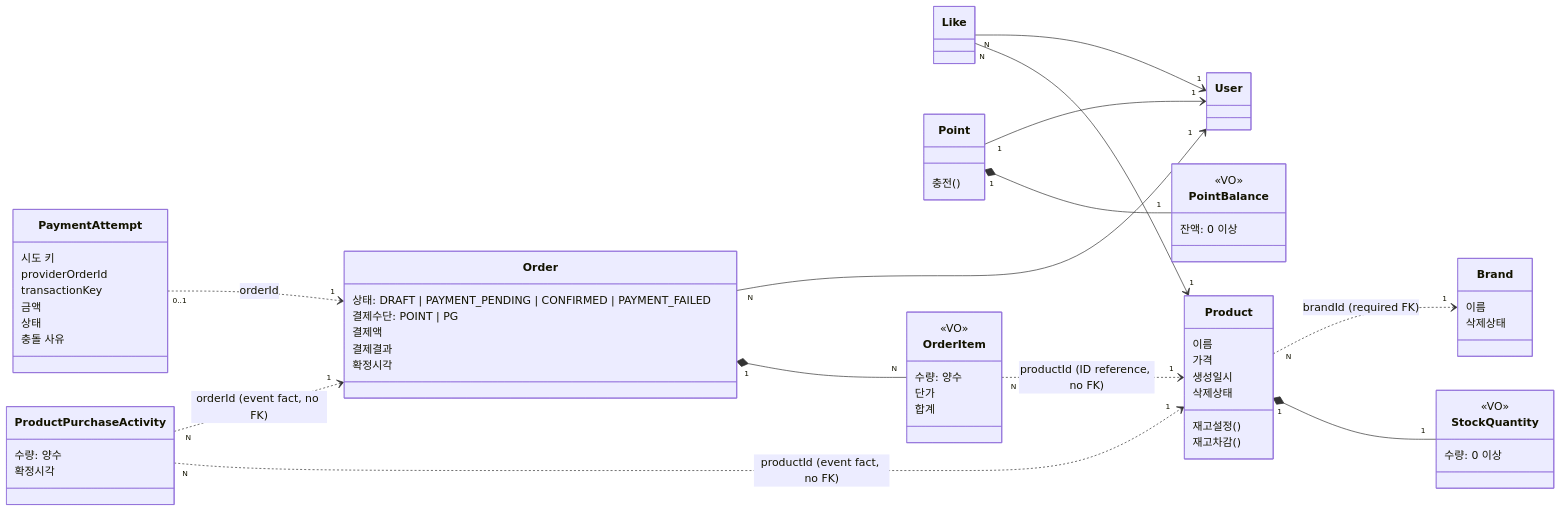
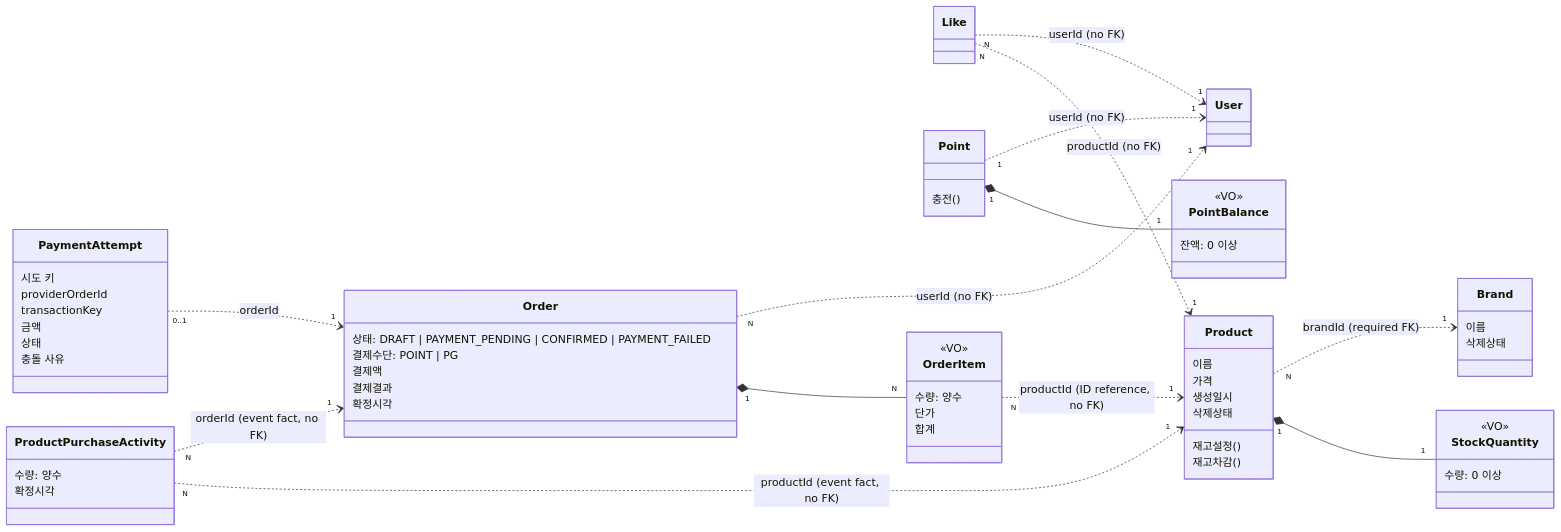
Before and after one commit to loopers-labs/loop-pack-be-l2-vol5-java: the diagram in docs/system-design/domain-model.md, drawn with Mermaid. The commit also changed other lines of this file and 2 other files, not shown here.

````diff
--- a/docs/system-design/domain-model.md
+++ b/docs/system-design/domain-model.md
@@ -7,73 +7,73 @@
 ```mermaid
 classDiagram
     direction LR
 
     class User
     class Brand {
         이름
         삭제상태
     }
     class Product {
         이름
         가격
         생성일시
         삭제상태
         재고설정()
         재고차감()
     }
     class StockQuantity {
         <<VO>>
         수량: 0 이상
     }
     class Like
     class Point {
         충전()
     }
     class PointBalance {
         <<VO>>
         잔액: 0 이상
     }
     class Order {
         상태: DRAFT | PAYMENT_PENDING | CONFIRMED | PAYMENT_FAILED
         결제수단: POINT | PG
         결제액
         결제결과
         확정시각
     }
     class PaymentAttempt {
         시도 키
         providerOrderId
         transactionKey
         금액
         상태
         충돌 사유
     }
     class ProductPurchaseActivity {
         수량: 양수
         확정시각
     }
     class OrderItem {
         <<VO>>
         수량: 양수
         단가
         합계
     }
 
     Product "N" ..> "1" Brand : brandId (required FK)
     Product "1" *-- "1" StockQuantity
 
-    Like "N" --> "1" User
-    Like "N" --> "1" Product
+    Like "N" ..> "1" User : userId (no FK)
+    Like "N" ..> "1" Product : productId (no FK)
 
-    Point "1" --> "1" User
+    Point "1" ..> "1" User : userId (no FK)
     Point "1" *-- "1" PointBalance
 
-    Order "N" --> "1" User
+    Order "N" ..> "1" User : userId (no FK)
     Order "1" *-- "N" OrderItem
     OrderItem "N" ..> "1" Product : productId (ID reference, no FK)
 
     PaymentAttempt "0..1" ..> "1" Order : orderId
 
     ProductPurchaseActivity "N" ..> "1" Order : orderId (event fact, no FK)
     ProductPurchaseActivity "N" ..> "1" Product : productId (event fact, no FK)
 ```
````
